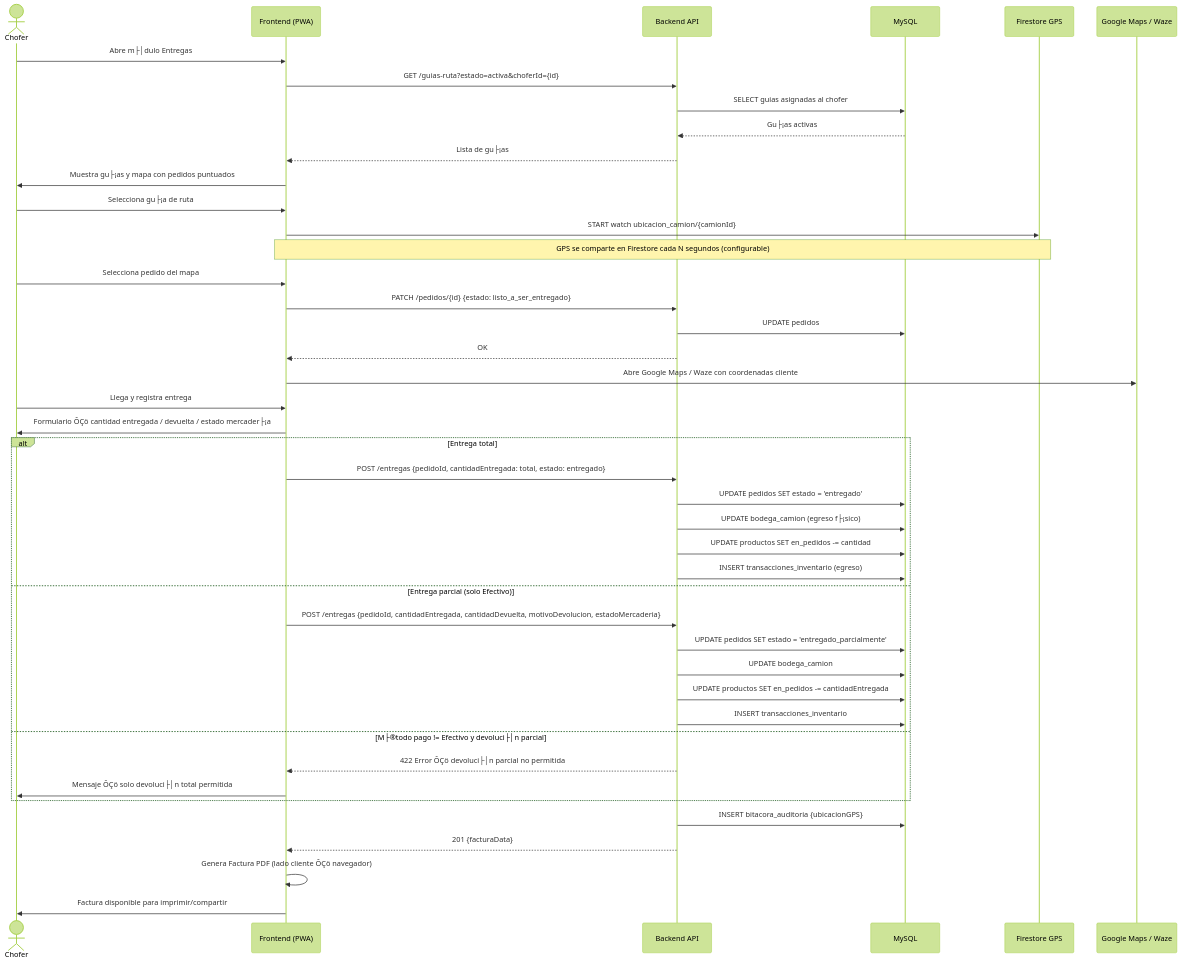
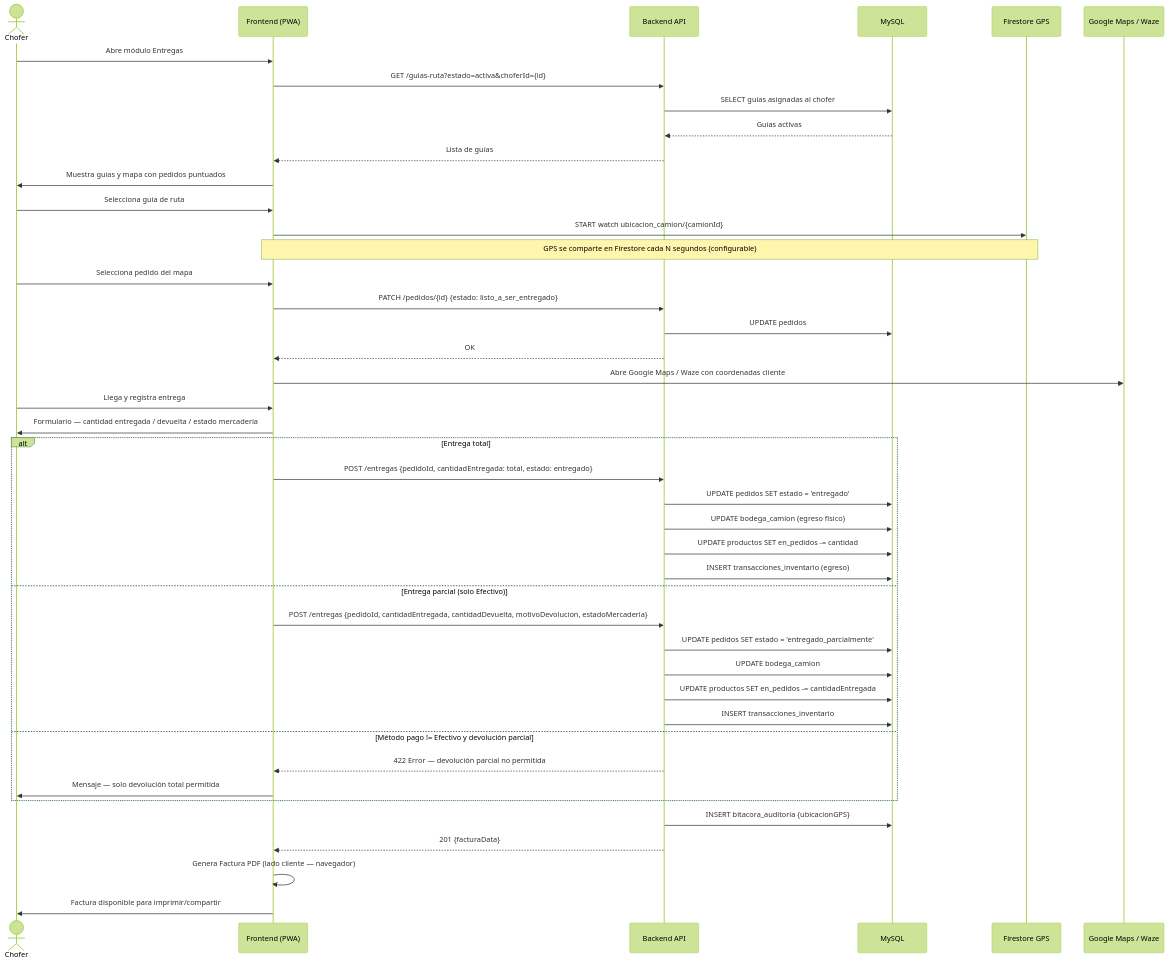
The fifth of 23 diagrams in docs/especificacion.md (UNIPI6TO/PI-ECOMMERCE-FRITOLAY), drawn with Mermaid (forest theme) before and after one commit. The commit also changed other lines of this file, not shown here.

````diff
--- a/docs/especificacion.md
+++ b/docs/especificacion.md
@@ -1006,51 +1006,51 @@
 ```mermaid
 sequenceDiagram
     actor Chofer
     participant FE as Frontend (PWA)
     participant API as Backend API
     participant DB as MySQL
     participant FS as Firestore GPS
     participant ExtMap as Google Maps / Waze
 
-    Chofer->>FE: Abre m├│dulo Entregas
+    Chofer->>FE: Abre módulo Entregas
     FE->>API: GET /guias-ruta?estado=activa&choferId={id}
     API->>DB: SELECT guias asignadas al chofer
-    DB-->>API: Gu├¡as activas
-    API-->>FE: Lista de gu├¡as
-    FE->>Chofer: Muestra gu├¡as y mapa con pedidos puntuados
+    DB-->>API: Guías activas
+    API-->>FE: Lista de guías
+    FE->>Chofer: Muestra guías y mapa con pedidos puntuados
 
-    Chofer->>FE: Selecciona gu├¡a de ruta
+    Chofer->>FE: Selecciona guía de ruta
     FE->>FS: START watch ubicacion_camion/{camionId}
     Note over FE,FS: GPS se comparte en Firestore cada N segundos (configurable)
 
     Chofer->>FE: Selecciona pedido del mapa
     FE->>API: PATCH /pedidos/{id} {estado: listo_a_ser_entregado}
     API->>DB: UPDATE pedidos
     API-->>FE: OK
     FE->>ExtMap: Abre Google Maps / Waze con coordenadas cliente
 
     Chofer->>FE: Llega y registra entrega
-    FE->>Chofer: Formulario ÔÇö cantidad entregada / devuelta / estado mercader├¡a
+    FE->>Chofer: Formulario — cantidad entregada / devuelta / estado mercadería
 
     alt Entrega total
         FE->>API: POST /entregas {pedidoId, cantidadEntregada: total, estado: entregado}
         API->>DB: UPDATE pedidos SET estado = 'entregado'
-        API->>DB: UPDATE bodega_camion (egreso f├¡sico)
+        API->>DB: UPDATE bodega_camion (egreso físico)
         API->>DB: UPDATE productos SET en_pedidos -= cantidad
         API->>DB: INSERT transacciones_inventario (egreso)
     else Entrega parcial (solo Efectivo)
         FE->>API: POST /entregas {pedidoId, cantidadEntregada, cantidadDevuelta, motivoDevolucion, estadoMercaderia}
         API->>DB: UPDATE pedidos SET estado = 'entregado_parcialmente'
         API->>DB: UPDATE bodega_camion
         API->>DB: UPDATE productos SET en_pedidos -= cantidadEntregada
         API->>DB: INSERT transacciones_inventario
-    else M├®todo pago != Efectivo y devoluci├│n parcial
-        API-->>FE: 422 Error ÔÇö devoluci├│n parcial no permitida
-        FE->>Chofer: Mensaje ÔÇö solo devoluci├│n total permitida
+    else Método pago != Efectivo y devolución parcial
+        API-->>FE: 422 Error — devolución parcial no permitida
+        FE->>Chofer: Mensaje — solo devolución total permitida
     end
 
     API->>DB: INSERT bitacora_auditoria {ubicacionGPS}
     API-->>FE: 201 {facturaData}
-    FE->>FE: Genera Factura PDF (lado cliente ÔÇö navegador)
+    FE->>FE: Genera Factura PDF (lado cliente — navegador)
     FE->>Chofer: Factura disponible para imprimir/compartir
 ```
````
